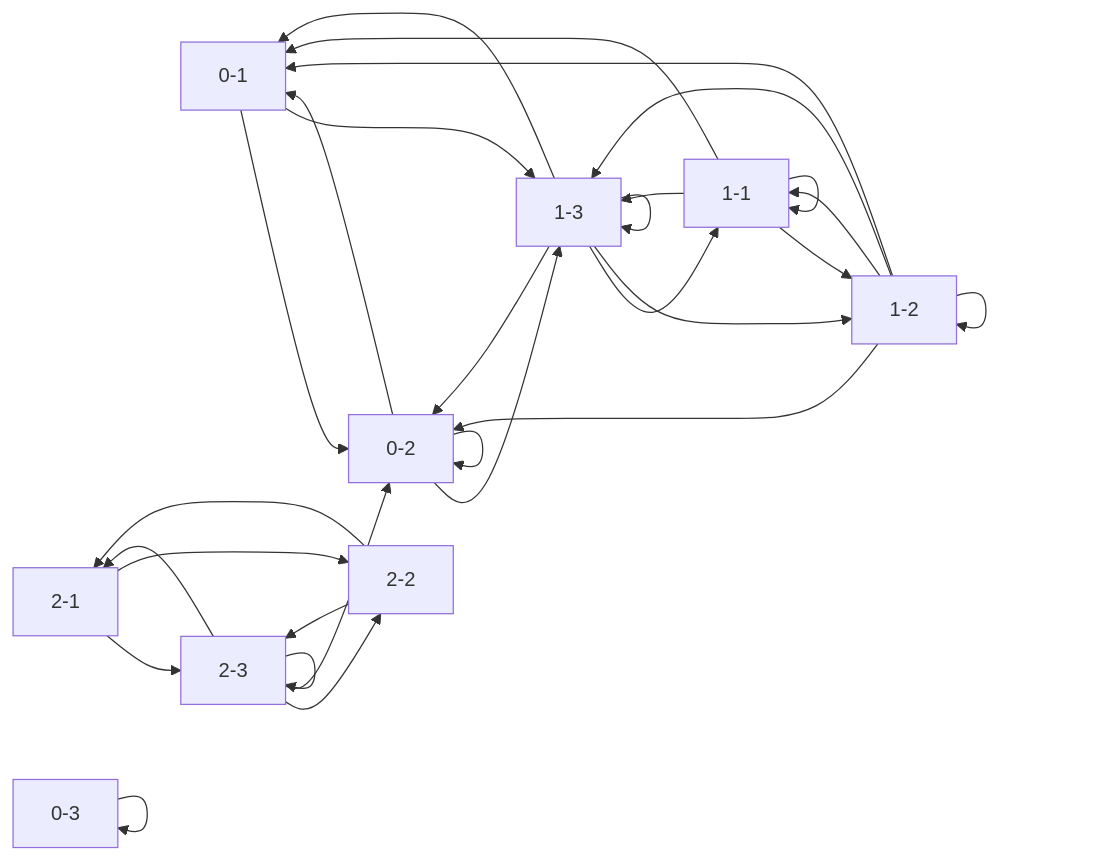
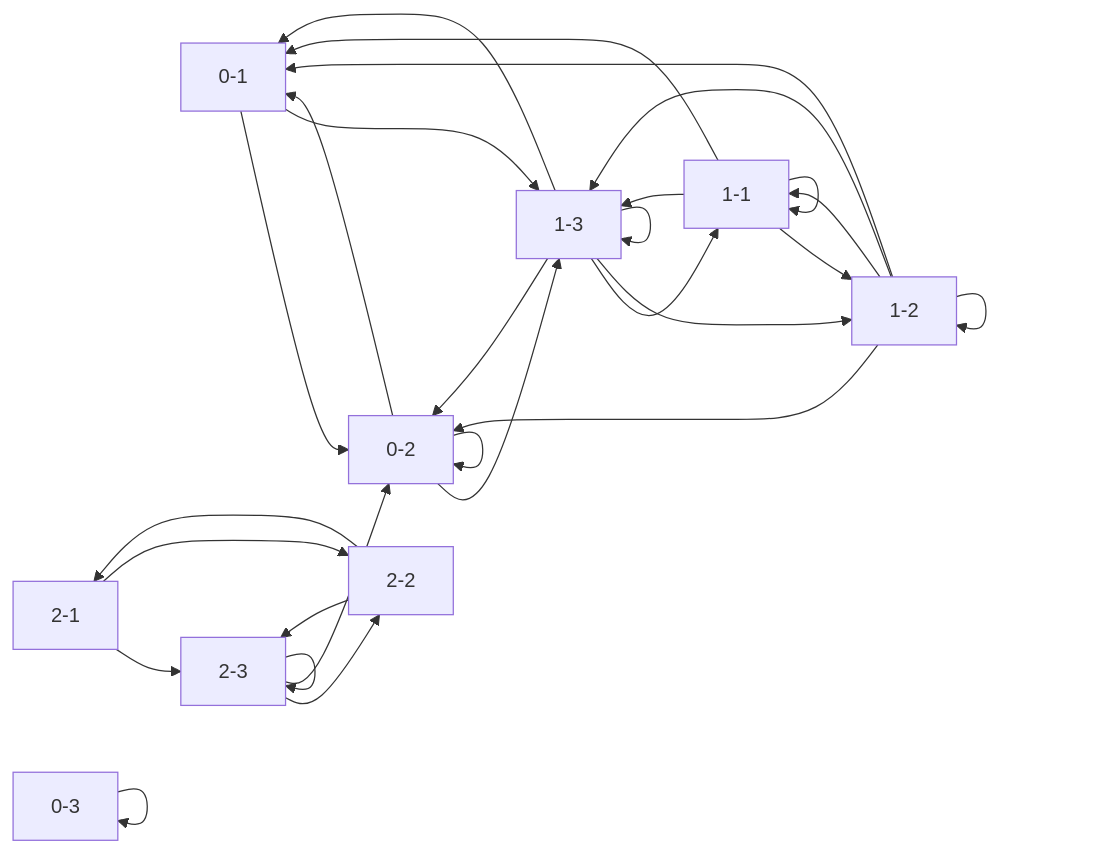
Before and after one commit to formkk/Ashport_Ourdream: the diagram in tools/ref_graph.mmd, drawn with Mermaid. The commit also changed 14 other files, not shown here.

```diff
--- a/tools/ref_graph.mmd
+++ b/tools/ref_graph.mmd
@@ -1,41 +1,40 @@
 graph LR
     0-1["0-1"]
     0-2["0-2"]
     0-3["0-3"]
     1-1["1-1"]
     1-2["1-2"]
     1-3["1-3"]
     2-1["2-1"]
     2-2["2-2"]
     2-3["2-3"]
 
     0-1 --> 0-2
     0-1 --> 1-3
     0-2 --> 0-2
     0-2 --> 0-1
     0-2 --> 1-3
     0-3 --> 0-3
     1-1 --> 1-3
     1-1 --> 1-2
     1-1 --> 0-1
     1-1 --> 1-1
     1-2 --> 1-1
     1-2 --> 1-3
     1-2 --> 0-1
     1-2 --> 0-2
     1-2 --> 1-2
     1-3 --> 1-3
     1-3 --> 1-1
     1-3 --> 0-2
     1-3 --> 1-2
     1-3 --> 0-1
     2-1 --> 2-3
     2-1 --> 2-2
     2-2 --> 2-3
     2-2 --> 2-1
-    2-3 --> 2-1
     2-3 --> 2-3
     2-3 --> 2-2
     2-3 --> 0-2
 
 %% 断链引用
```
